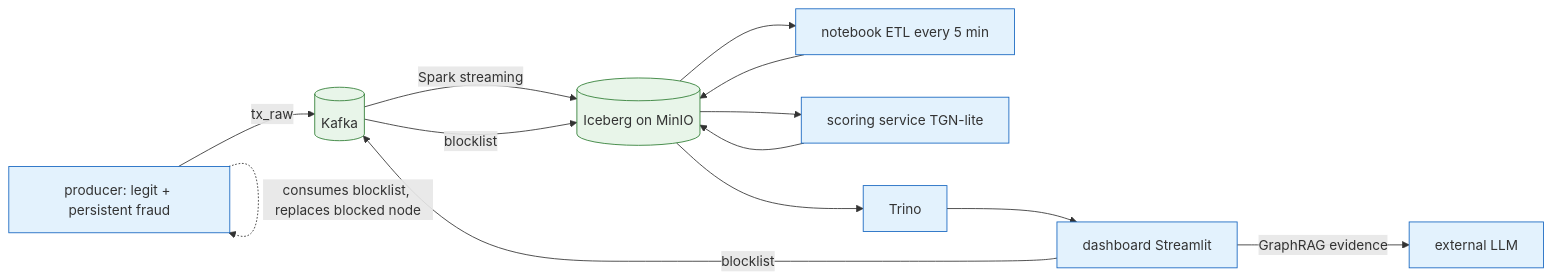
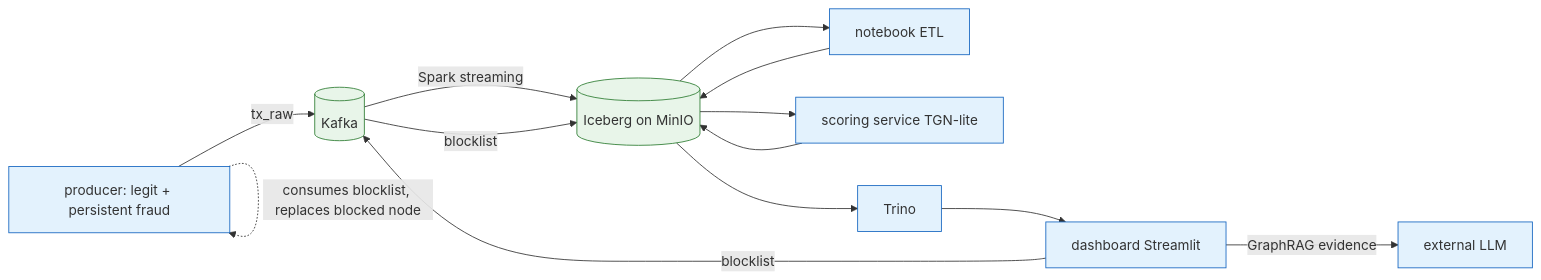
Before and after one commit to ne-kit-28/ai_driven_aml: the diagram in docs/HANDOFF.md, drawn with Mermaid. The commit also changed other lines of this file and 3 other files, not shown here.

````diff
--- a/docs/HANDOFF.md
+++ b/docs/HANDOFF.md
@@ -30,20 +30,20 @@
 ```mermaid
 flowchart LR
     PROD["producer: legit + persistent fraud"] -->|tx_raw| K[("Kafka")]
     UI["dashboard Streamlit"] -->|blocklist| K
     K -->|Spark streaming| ICE[("Iceberg on MinIO")]
     K -->|blocklist| ICE
-    NB["notebook ETL every 5 min"] --> ICE
+    NB["notebook ETL"] --> ICE
     ICE --> NB
     SC["scoring service TGN-lite"] --> ICE
     ICE --> SC
     ICE --> TR["Trino"]
     TR --> UI
     UI -->|GraphRAG evidence| LLM["external LLM"]
     PROD -.->|consumes blocklist, replaces blocked node| PROD
 
     classDef store fill:#e8f5e9,stroke:#2e7d32;
     classDef svc fill:#e3f2fd,stroke:#1565c0;
     class ICE,K store;
     class PROD,NB,SC,UI,TR,LLM svc;
 ```
````
